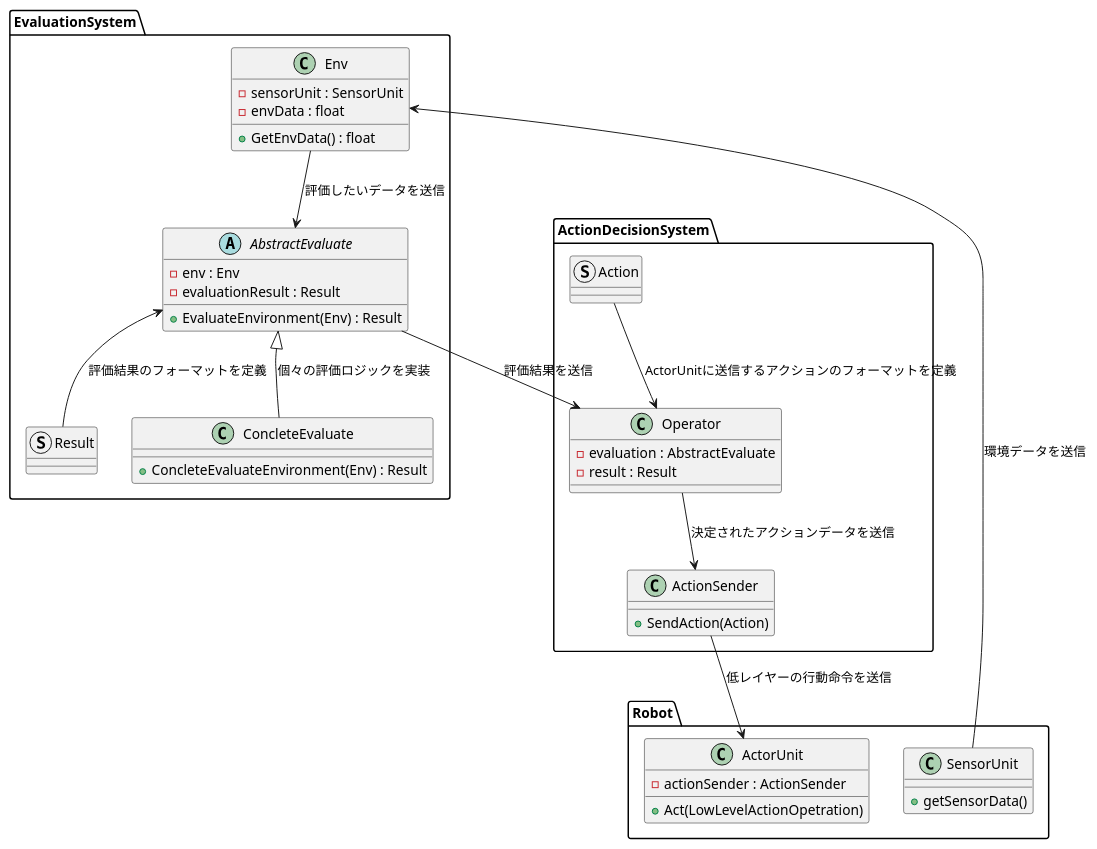
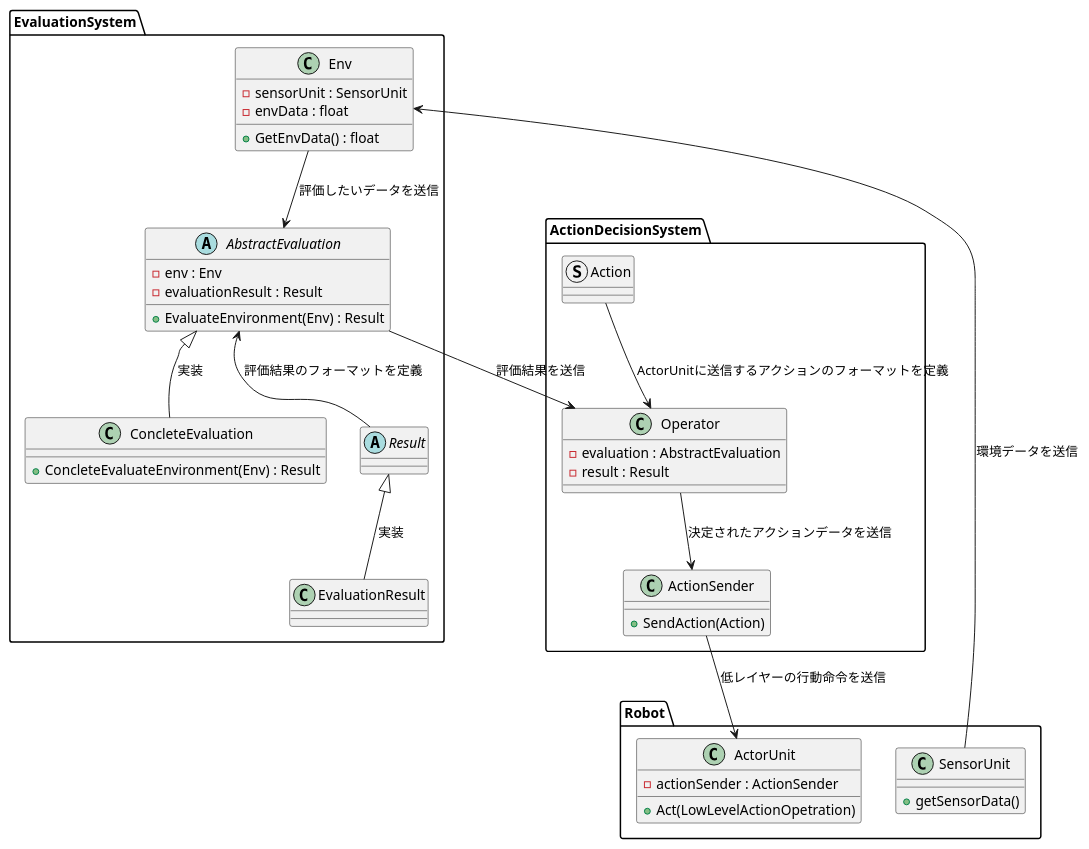
The diagram in Document/evaluate_environment.pu (Ryuzo-MYU/weak-toio), drawn with PlantUML before and after one commit. The commit also changed 446 other files, not shown here.

```diff
--- a/Document/evaluate_environment.pu
+++ b/Document/evaluate_environment.pu
@@ -1,52 +1,54 @@
 @startuml
 
 package Robot{
 	class ActorUnit{
 		- actionSender : ActionSender
 		+ Act(LowLevelActionOpetration)
 	}
 	class SensorUnit{
 		+ getSensorData()
 	}
 }
 
 package EvaluationSystem{
 	class Env{
 		- sensorUnit : SensorUnit
 		- envData : float
 		+ GetEnvData() : float
 	}
-	abstract AbstractEvaluate{
+	abstract AbstractEvaluation{
 		- env : Env
 		- evaluationResult : Result
 		+ EvaluateEnvironment(Env) : Result
 	}
-	struct Result
-	class ConcleteEvaluate{
+	class ConcleteEvaluation{
 		+ ConcleteEvaluateEnvironment(Env) : Result
 	}
+	abstract Result
+	class EvaluationResult
 }
 
 SensorUnit --> Env : 環境データを送信
-Env --> AbstractEvaluate : 評価したいデータを送信
-AbstractEvaluate <-- Result : 評価結果のフォーマットを定義
-AbstractEvaluate <|-- ConcleteEvaluate : 個々の評価ロジックを実装
+Env --> AbstractEvaluation : 評価したいデータを送信
+AbstractEvaluation <-- Result : 評価結果のフォーマットを定義
+AbstractEvaluation <|-- ConcleteEvaluation : 実装
+Result <|-- EvaluationResult : 実装
 
 
 package ActionDecisionSystem{
 	class Operator{
-		- evaluation : AbstractEvaluate
+		- evaluation : AbstractEvaluation
 		- result : Result
 	}
 	struct Action
 	class ActionSender{
 		+ SendAction(Action)
 	}
 }
 
-AbstractEvaluate --> Operator : 評価結果を送信
+AbstractEvaluation --> Operator : 評価結果を送信
 Action --> Operator : ActorUnitに送信するアクションのフォーマットを定義
 Operator --> ActionSender : 決定されたアクションデータを送信
 ActionSender --> ActorUnit : 低レイヤーの行動命令を送信
 
 @enduml
```
